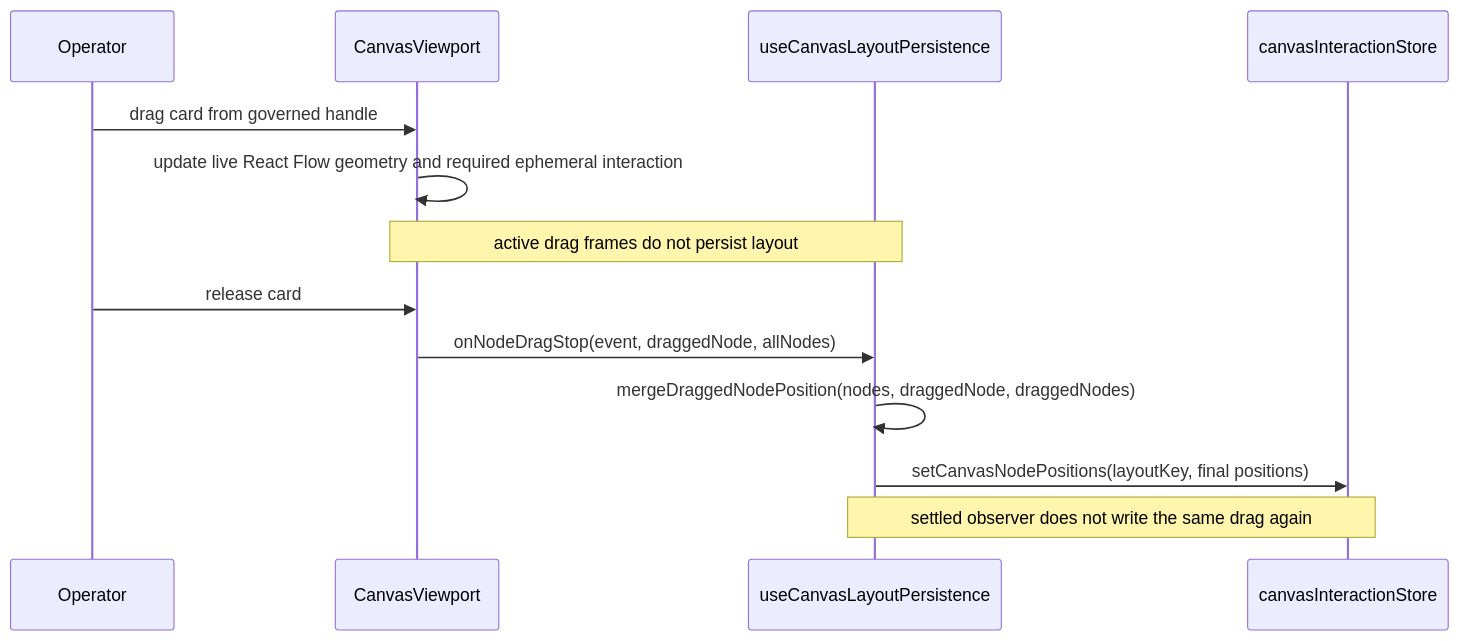
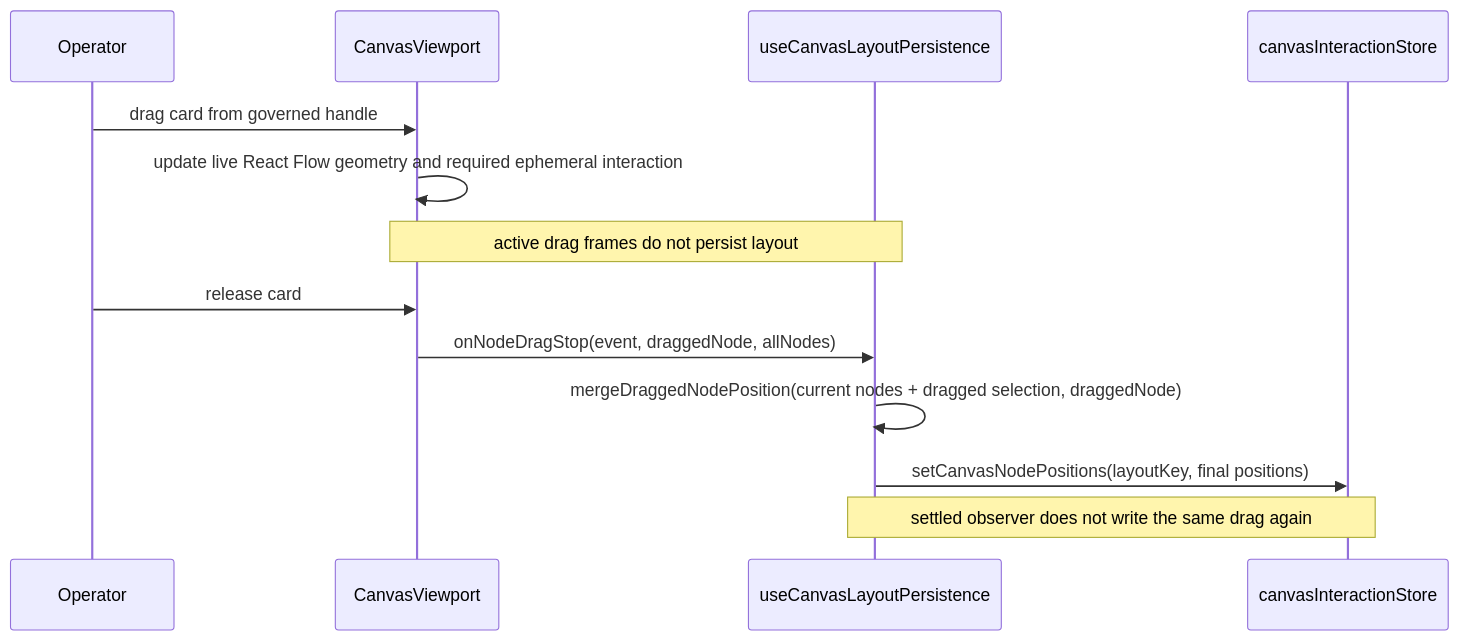
Before and after one commit to dunay2/dvt: the first of 4 diagrams in docs/architecture/components/web/graph/canvas-layout-persistence-component.md, drawn with Mermaid. The commit also changed 1 other file, not shown here.

Commit message:
fix(web): Supply the full viewport to the existing drag position merger

````diff
--- a/docs/architecture/components/web/graph/canvas-layout-persistence-component.md
+++ b/docs/architecture/components/web/graph/canvas-layout-persistence-component.md
@@ -128,16 +128,16 @@
 ```mermaid
 sequenceDiagram
   participant Operator
   participant Viewport as CanvasViewport
   participant Layout as useCanvasLayoutPersistence
   participant Store as canvasInteractionStore
 
   Operator->>Viewport: drag card from governed handle
   Viewport->>Viewport: update live React Flow geometry and required ephemeral interaction
   Note over Viewport,Layout: active drag frames do not persist layout
   Operator->>Viewport: release card
   Viewport->>Layout: onNodeDragStop(event, draggedNode, allNodes)
-  Layout->>Layout: mergeDraggedNodePosition(nodes, draggedNode, draggedNodes)
+  Layout->>Layout: mergeDraggedNodePosition(current nodes + dragged selection, draggedNode)
   Layout->>Store: setCanvasNodePositions(layoutKey, final positions)
   Note over Layout,Store: settled observer does not write the same drag again
 ```
````
